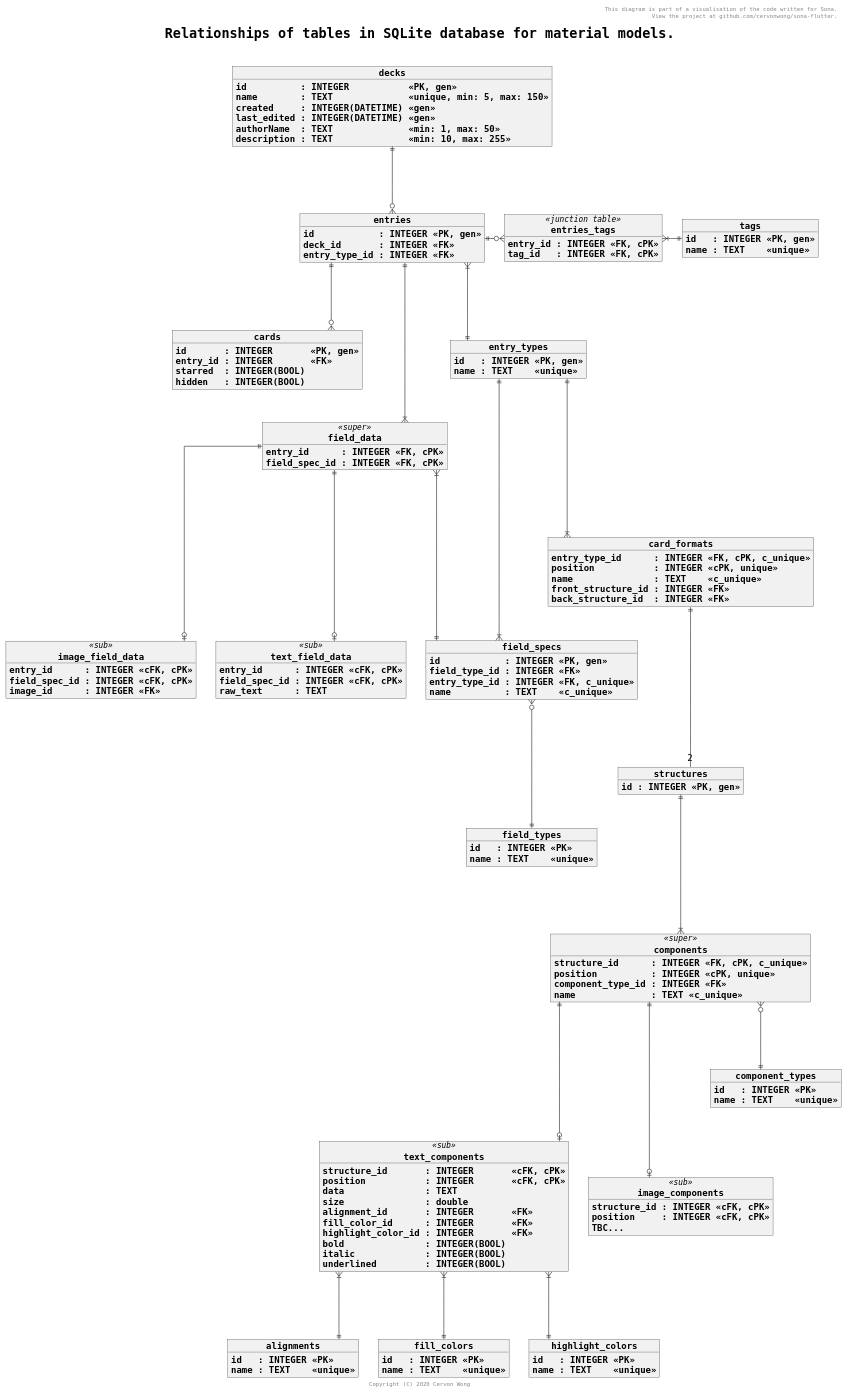
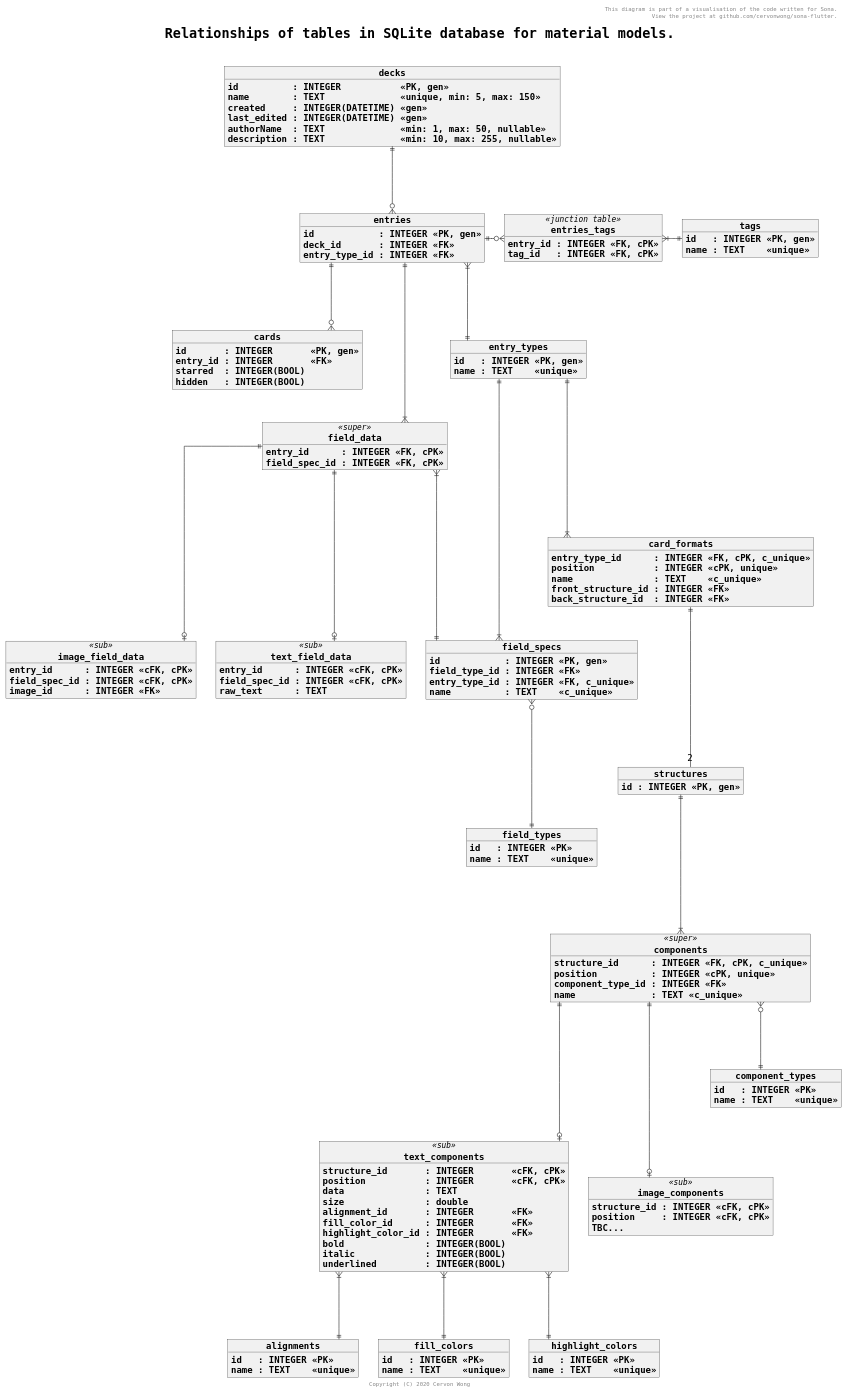
The diagram in puml/material_database.puml (cervonwong/sona-flutter), drawn with PlantUML before and after one commit.

Commit message:
Docs(puml): Update diagram to show that decks table has nullable columns

```diff
--- a/puml/material_database.puml
+++ b/puml/material_database.puml
@@ -1,163 +1,163 @@
 @startuml
 
 skinparam wrapWidth 1000
 skinparam defaultFontName Monospaced
 skinparam defaultFontSize 16
 skinparam objectStereotypeFontSize 14
 skinparam titleFontSize 24
 skinparam titleFontStyle bold
 skinparam objectFontStyle bold
 skinparam linetype ortho
 skinparam shadowing false
 
 header This diagram is part of a visualisation of the code written for Sona.\n View the project at github.com/cervonwong/sona-flutter.
 title Relationships of tables in SQLite database for material models.\n
 footer Copyright (C) 2020 Cervon Wong
 
 object decks {
 	id          : INTEGER           <<PK, gen>>
 	name        : TEXT              <<unique, min: 5, max: 150>>
 	created     : INTEGER(DATETIME) <<gen>>
 	last_edited : INTEGER(DATETIME) <<gen>>
-	authorName  : TEXT              <<min: 1, max: 50>>
-	description : TEXT              <<min: 10, max: 255>>
+	authorName  : TEXT              <<min: 1, max: 50, nullable>>
+	description : TEXT              <<min: 10, max: 255, nullable>>
 }
 
 object entries {
 	id            : INTEGER <<PK, gen>>
 	deck_id       : INTEGER <<FK>>
 	entry_type_id : INTEGER <<FK>>
 }
 
 object cards {
 	id       : INTEGER       <<PK, gen>>
 	entry_id : INTEGER       <<FK>>
 	starred  : INTEGER(BOOL)
 	hidden   : INTEGER(BOOL)
 }
 
 object tags {
 	id   : INTEGER <<PK, gen>>
 	name : TEXT    <<unique>>
 }
 
 object entries_tags <<junction table>> {
 	entry_id : INTEGER <<FK, cPK>>
 	tag_id   : INTEGER <<FK, cPK>>
 }
 
 object field_specs {
 	id            : INTEGER <<PK, gen>>
 	field_type_id : INTEGER <<FK>>
 	entry_type_id : INTEGER <<FK, c_unique>>
 	name          : TEXT    <<c_unique>>
 }
 
 object field_types {
 	id   : INTEGER <<PK>>
 	name : TEXT    <<unique>>
 }
 
 object field_data <<super>> {
 	entry_id      : INTEGER <<FK, cPK>>
     field_spec_id : INTEGER <<FK, cPK>>
     ' Get field_type_id from field_specs table.
 }
 
 object text_field_data <<sub>> {
 	entry_id      : INTEGER <<cFK, cPK>>
     field_spec_id : INTEGER <<cFK, cPK>>
 	raw_text      : TEXT
 }
 
 object image_field_data <<sub>> {
 	entry_id      : INTEGER <<cFK, cPK>>
     field_spec_id : INTEGER <<cFK, cPK>>
 	image_id      : INTEGER <<FK>>
 }
 
 object entry_types {
 	id   : INTEGER <<PK, gen>>
 	name : TEXT    <<unique>>
 }
 
 object card_formats {
 	entry_type_id      : INTEGER <<FK, cPK, c_unique>>
 	position           : INTEGER <<cPK, unique>>
 	name               : TEXT    <<c_unique>>
 	front_structure_id : INTEGER <<FK>>
 	back_structure_id  : INTEGER <<FK>>
 }
 
 object structures {
 	id : INTEGER <<PK, gen>>
 }
 
 object components <<super>> {
 	structure_id      : INTEGER <<FK, cPK, c_unique>>
 	position          : INTEGER <<cPK, unique>>
 	component_type_id : INTEGER <<FK>>
 	name              : TEXT <<c_unique>>
 }
 
 object text_components <<sub>> {
 	structure_id       : INTEGER       <<cFK, cPK>>
 	position           : INTEGER       <<cFK, cPK>>
 	data               : TEXT
 	size               : double
 	alignment_id       : INTEGER       <<FK>>
 	fill_color_id      : INTEGER       <<FK>>
 	highlight_color_id : INTEGER       <<FK>>
 	bold               : INTEGER(BOOL)
 	italic             : INTEGER(BOOL)
 	underlined         : INTEGER(BOOL)
 }
 
 object alignments {
 	id   : INTEGER <<PK>>
 	name : TEXT    <<unique>>
 }
 
 object fill_colors {
 	id   : INTEGER <<PK>>
 	name : TEXT    <<unique>>
 }
 
 object highlight_colors {
 	id   : INTEGER <<PK>>
 	name : TEXT    <<unique>>
 }
 
 object image_components <<sub>> {
 	structure_id : INTEGER <<cFK, cPK>>
     position     : INTEGER <<cFK, cPK>>
     TBC...
 }
 
 object component_types {
 	id   : INTEGER <<PK>>
 	name : TEXT    <<unique>>
 }
 
 decks           ||---o{    entries
 entries         ||---o{    cards
 entries         ||-o{      entries_tags : \t
 entries_tags    }|-||      tags : \t
 field_specs     }o----||   field_types
 field_data      ||----o|   text_field_data
 field_data      ||----o|   image_field_data
 field_data      }|----||   field_specs
 entries         ||----|{   field_data
 entries         }|---||    entry_types
 entry_types     ||----|{   field_specs
 entry_types     ||----|{   card_formats
 card_formats    ||---- "2" structures
 structures      ||----|{   components
 components      }o---||    component_types
 components      ||----o|   text_components
 components      ||----o|   image_components
 text_components }|---||    alignments
 text_components }|---||    fill_colors
 text_components }|---||    highlight_colors
 
 @enduml
```
